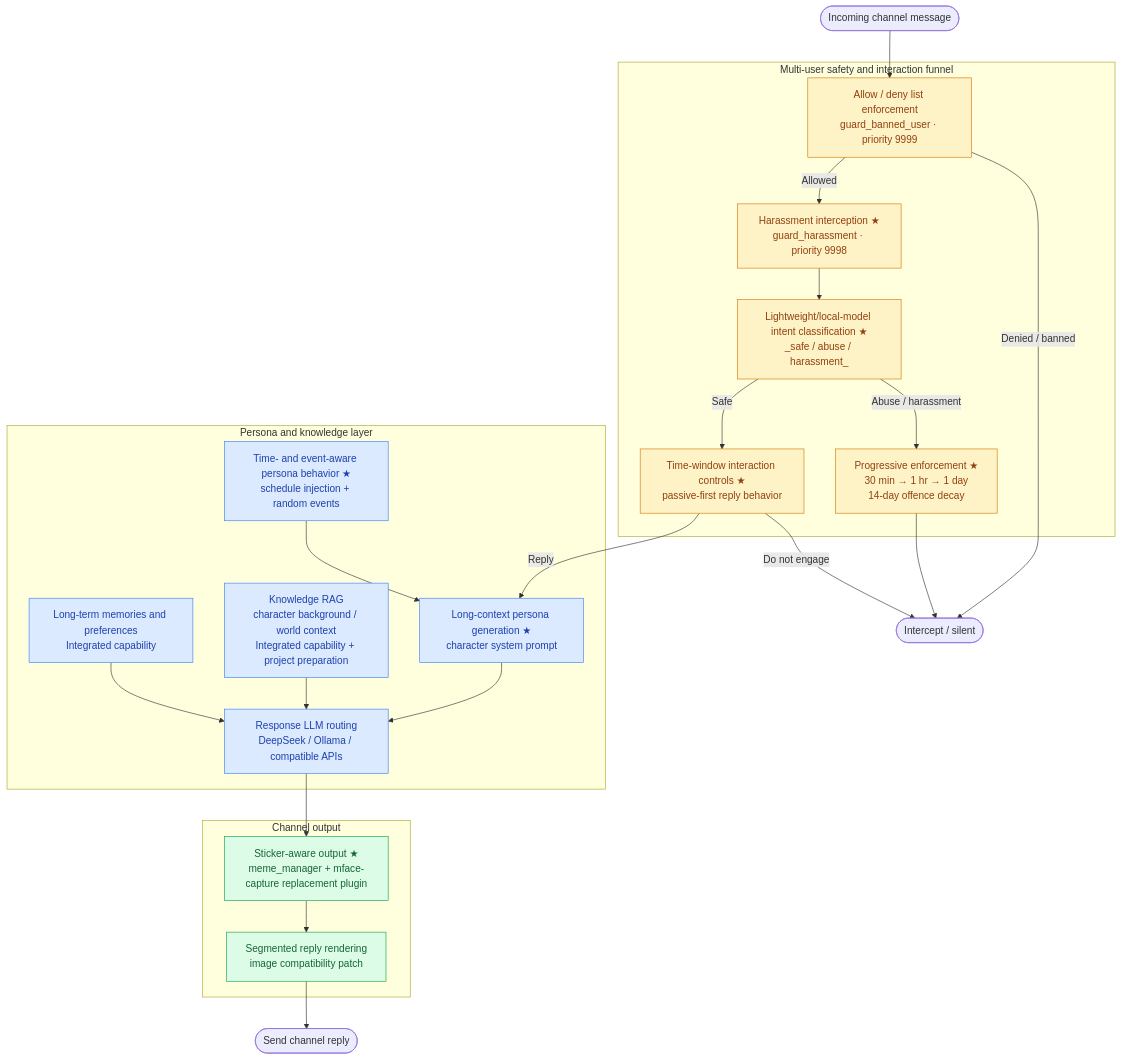
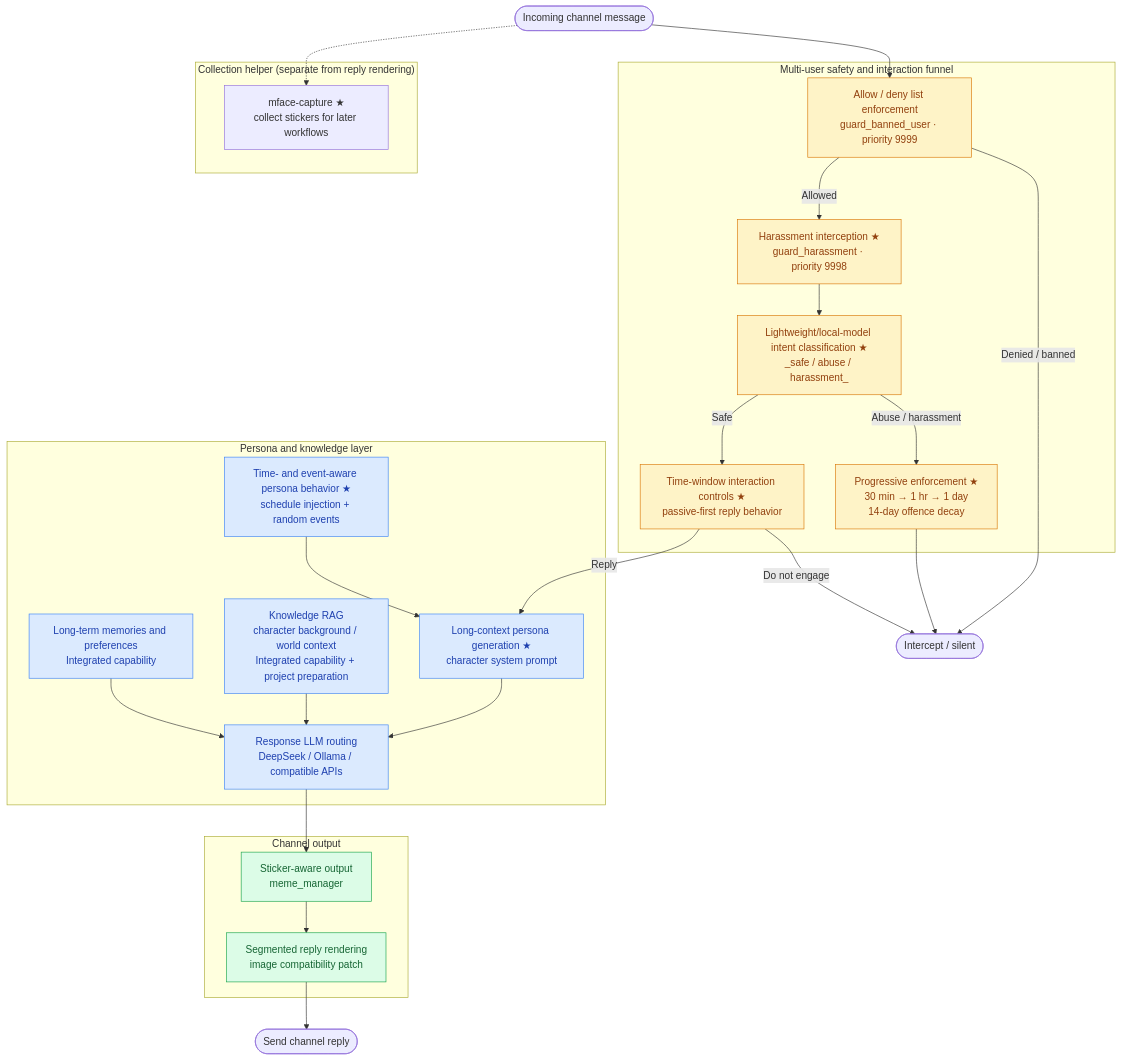
Before and after one commit to Junliang-Lyu/astrbot-napcat-docker: the second of 2 diagrams in README.md, drawn with Mermaid. The commit also changed other lines of this file, not shown here.

Commit message:
docs: clarify mface capture boundaries

````diff
--- a/README.md
+++ b/README.md
@@ -102,54 +104,59 @@
 ```mermaid
 flowchart TD
     MSG(["Incoming channel message"])
 
     subgraph GUARD["Multi-user safety and interaction funnel"]
         LIST["Allow / deny list enforcement\nguard_banned_user · priority 9999"]
         HARASS["Harassment interception ★\nguard_harassment · priority 9998"]
         CLASSIFY["Lightweight/local-model intent classification ★\n_safe / abuse / harassment_"]
         ENFORCE["Progressive enforcement ★\n30 min → 1 hr → 1 day\n14-day offence decay"]
         WINDOW["Time-window interaction controls ★\npassive-first reply behavior"]
     end
 
     BLOCKED(["Intercept / silent"])
 
     subgraph CHAR["Persona and knowledge layer"]
         PERSONA["Long-context persona generation ★\ncharacter system prompt"]
         RAG["Knowledge RAG\ncharacter background / world context\nIntegrated capability + project preparation"]
         MEMORY["Long-term memories and preferences\nIntegrated capability"]
         SCHED["Time- and event-aware persona behavior ★\nschedule injection + random events"]
         LLM["Response LLM routing\nDeepSeek / Ollama / compatible APIs"]
     end
 
     subgraph OUT["Channel output"]
-        STICKER["Sticker-aware output ★\nmeme_manager + mface-capture replacement plugin"]
+        STICKER["Sticker-aware output\nmeme_manager"]
         SEG["Segmented reply rendering\nimage compatibility patch"]
+    end
+
+    subgraph CAPTURE["Collection helper (separate from reply rendering)"]
+        MFACECAP["mface-capture ★\ncollect stickers for later workflows"]
     end
 
     REPLY(["Send channel reply"])
 
     MSG --> LIST
+    MSG -.-> MFACECAP
     LIST -->|Denied / banned| BLOCKED
     LIST -->|Allowed| HARASS
     HARASS --> CLASSIFY
     CLASSIFY -->|Abuse / harassment| ENFORCE
     ENFORCE --> BLOCKED
     CLASSIFY -->|Safe| WINDOW
     WINDOW -->|Do not engage| BLOCKED
     WINDOW -->|Reply| PERSONA
     PERSONA --> LLM
     RAG --> LLM
     MEMORY --> LLM
     SCHED --> PERSONA
     LLM --> STICKER
     STICKER --> SEG
     SEG --> REPLY
 
     classDef guard fill:#fef3c7,stroke:#d97706,color:#92400e
     classDef charAI fill:#dbeafe,stroke:#3b82f6,color:#1e40af
     classDef output fill:#dcfce7,stroke:#16a34a,color:#166534
 
     class LIST,HARASS,CLASSIFY,ENFORCE,WINDOW guard
     class PERSONA,RAG,MEMORY,SCHED,LLM charAI
     class STICKER,SEG output
 ```
````
